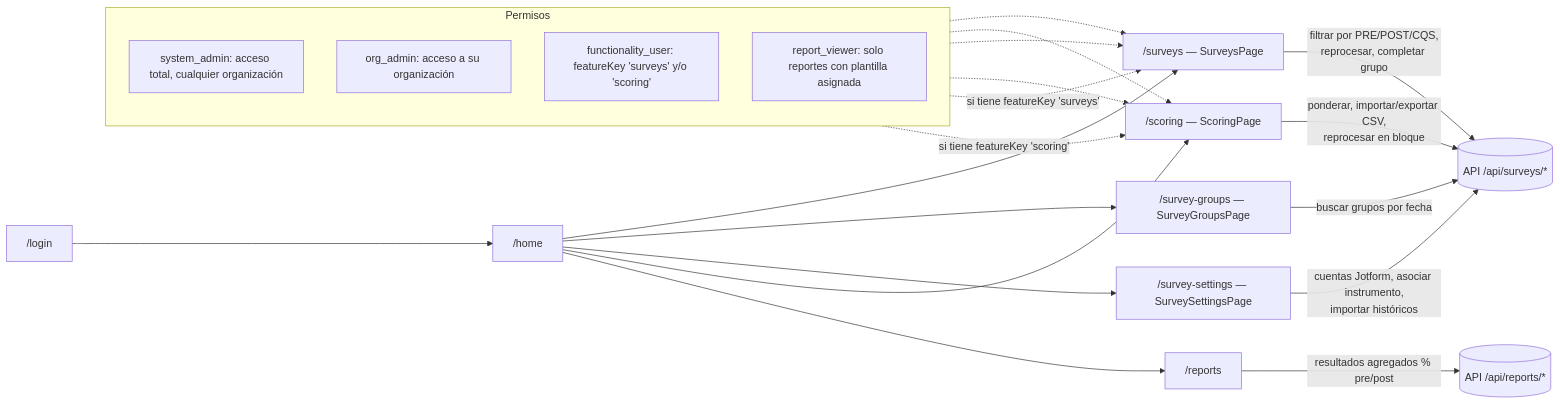
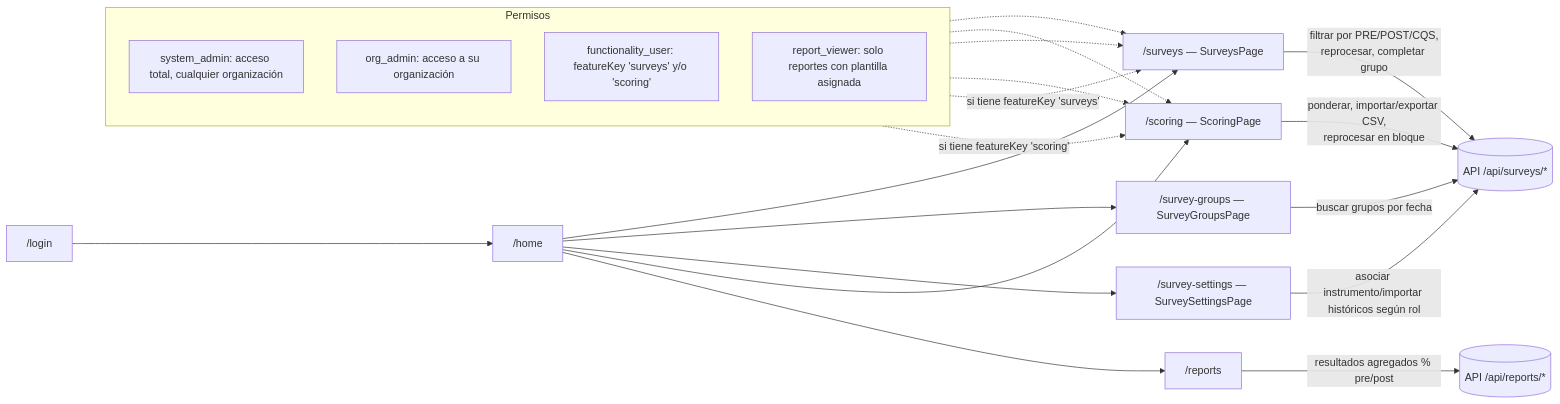
One commit to Gustav0AB/epi-web changed the seventh of 8 diagrams in docs/evaluaciones-flujo.md. Above: the diagram before and after it, drawn with Mermaid. The commit also changed other lines of this file and 57 other files, not shown here.

````diff
--- a/docs/evaluaciones-flujo.md
+++ b/docs/evaluaciones-flujo.md
@@ -315,30 +308,30 @@
 ```mermaid
 flowchart LR
     Login["/login"] --> Home["/home"]
     Home --> Surveys["/surveys — SurveysPage"]
     Home --> Groups["/survey-groups — SurveyGroupsPage"]
     Home --> Settings["/survey-settings — SurveySettingsPage"]
     Home --> Scoring["/scoring — ScoringPage"]
     Home --> Reports["/reports"]
 
     Surveys -->|"filtrar por PRE/POST/CQS,<br/>reprocesar, completar grupo"| APIsurveys[("API /api/surveys/*")]
     Groups -->|"buscar grupos por fecha"| APIsurveys
-    Settings -->|"cuentas Jotform, asociar instrumento,<br/>importar históricos"| APIsurveys
+    Settings -->|"asociar instrumento/importar históricos según rol"| APIsurveys
     Scoring -->|"ponderar, importar/exportar CSV,<br/>reprocesar en bloque"| APIsurveys
     Reports -->|"resultados agregados % pre/post"| APIreports[("API /api/reports/*")]
 
     subgraph Permisos
         direction TB
         SA["system_admin: acceso total, cualquier organización"]
         OA["org_admin: acceso a su organización"]
         FU["functionality_user: featureKey 'surveys' y/o 'scoring'"]
         RV["report_viewer: solo reportes con plantilla asignada"]
     end
 
     SA -.-> Surveys
     SA -.-> Scoring
     OA -.-> Surveys
     OA -.-> Scoring
     FU -.->|"si tiene featureKey 'surveys'"| Surveys
     FU -.->|"si tiene featureKey 'scoring'"| Scoring
 ```
````
